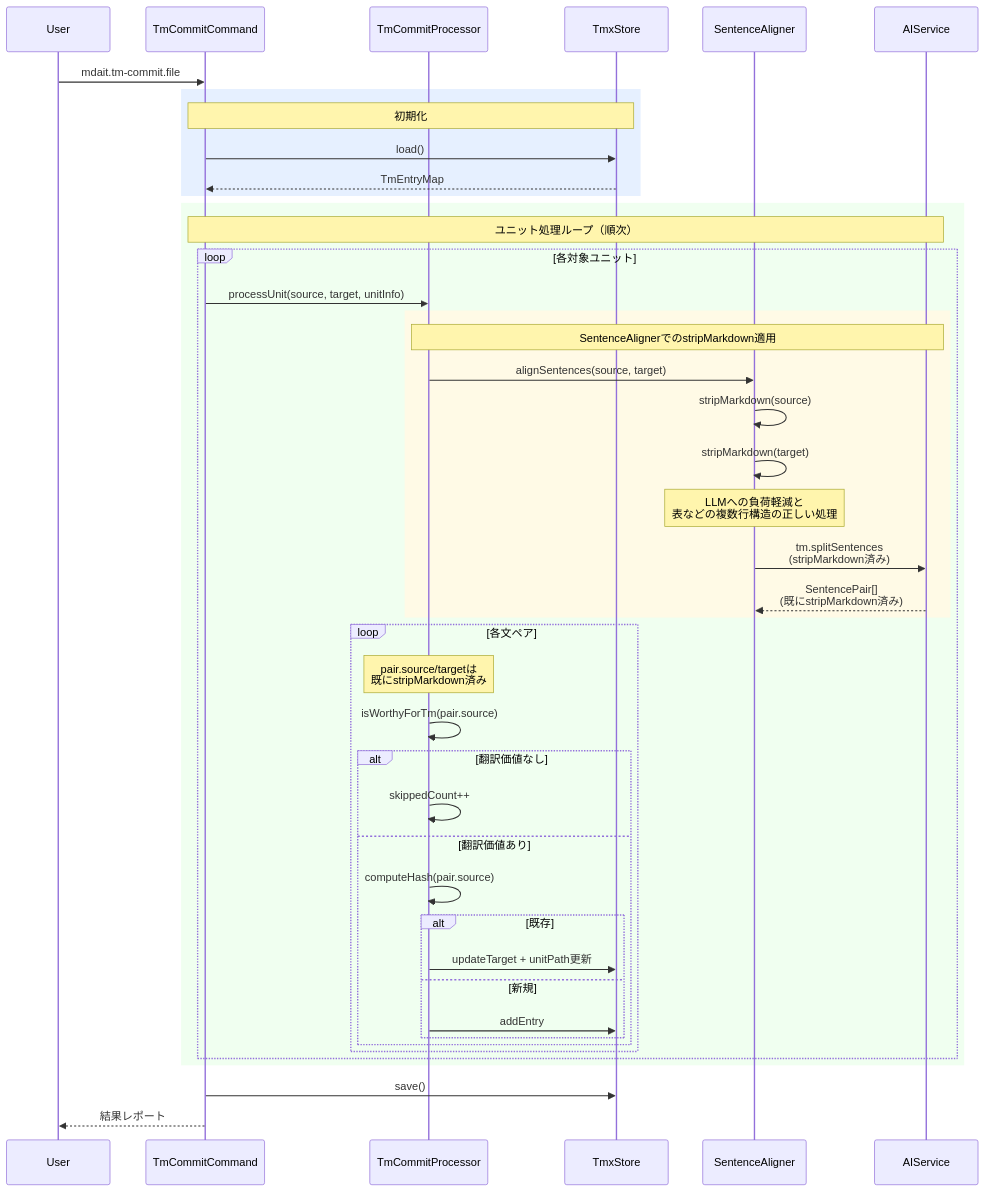
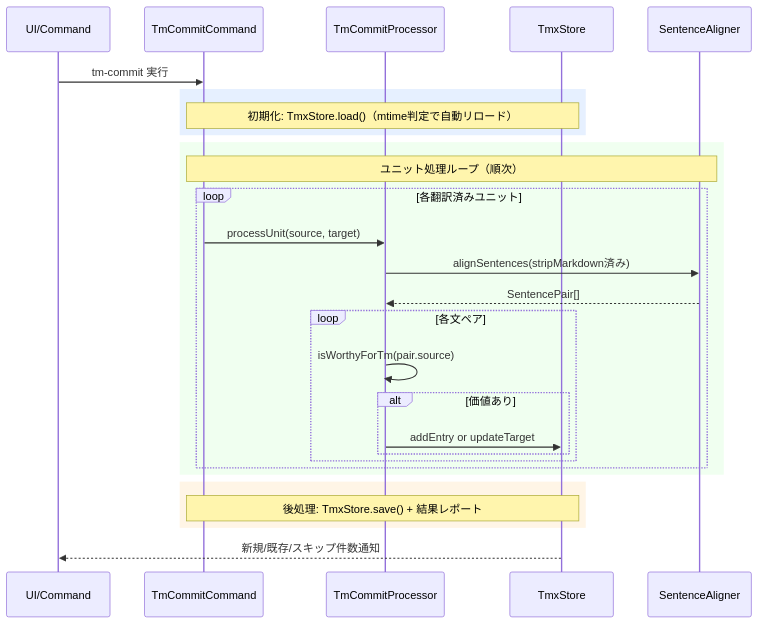
The diagram in docs/command_tm-commit.md (mochimochiki/mdait), drawn with Mermaid before and after one commit. The commit also changed other lines of this file and 13 other files, not shown here.

````diff
--- a/docs/command_tm-commit.md
+++ b/docs/command_tm-commit.md
@@ -137,52 +72,35 @@
 ```mermaid
 sequenceDiagram
-    participant User
+    participant User as UI/Command
     participant Cmd as TmCommitCommand
     participant Proc as TmCommitProcessor
     participant Store as TmxStore
-    participant Aligner as SentenceAligner
-    participant AI as AIService
+    participant AI as SentenceAligner
 
-    User->>Cmd: mdait.tm-commit.file
+    User->>Cmd: tm-commit 実行
 
     rect rgb(230, 240, 255)
-        Note over Cmd,Store: 初期化
-        Cmd->>Store: load()
-        Store-->>Cmd: TmEntryMap
+        Note over Cmd,Store: 初期化: TmxStore.load()（mtime判定で自動リロード）
     end
 
     rect rgb(240, 255, 240)
         Note over Cmd,AI: ユニット処理ループ（順次）
-        loop 各対象ユニット
-            Cmd->>Proc: processUnit(source, target, unitInfo)
-            
-            rect rgb(255, 250, 230)
-                Note over Proc,AI: SentenceAlignerでのstripMarkdown適用
-                Proc->>Aligner: alignSentences(source, target)
-                Aligner->>Aligner: stripMarkdown(source)
-                Aligner->>Aligner: stripMarkdown(target)
-                Note over Aligner: LLMへの負荷軽減と<br/>表などの複数行構造の正しい処理
-                Aligner->>AI: tm.splitSentences<br/>(stripMarkdown済み)
-                AI-->>Aligner: SentencePair[]<br/>(既にstripMarkdown済み)
-            end
-            
+        loop 各翻訳済みユニット
+            Cmd->>Proc: processUnit(source, target)
+            Proc->>AI: alignSentences(stripMarkdown済み)
+            AI-->>Proc: SentencePair[]
             loop 各文ペア
-                Note over Proc: pair.source/targetは<br/>既にstripMarkdown済み
                 Proc->>Proc: isWorthyForTm(pair.source)
-                alt 翻訳価値なし
-                    Proc->>Proc: skippedCount++
-                else 翻訳価値あり
-                    Proc->>Proc: computeHash(pair.source)
-                    alt 既存
-                        Proc->>Store: updateTarget + unitPath更新
-                    else 新規
-                        Proc->>Store: addEntry
-                    end
+                alt 価値あり
+                    Proc->>Store: addEntry or updateTarget
                 end
             end
         end
     end
 
-    Cmd->>Store: save()
-    Cmd-->>User: 結果レポート
+    rect rgb(255, 245, 230)
+        Note over Cmd,Store: 後処理: TmxStore.save() + 結果レポート
+    end
+
+    Store-->>User: 新規/既存/スキップ件数通知
 ```
````
